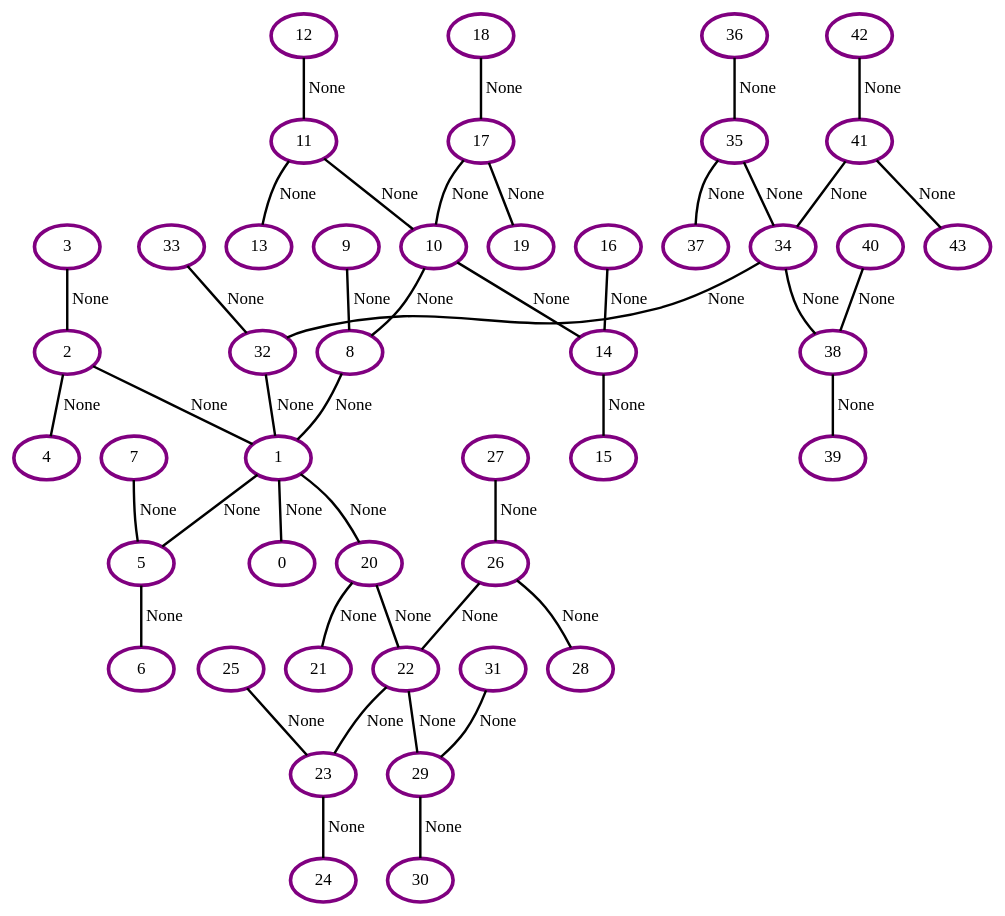
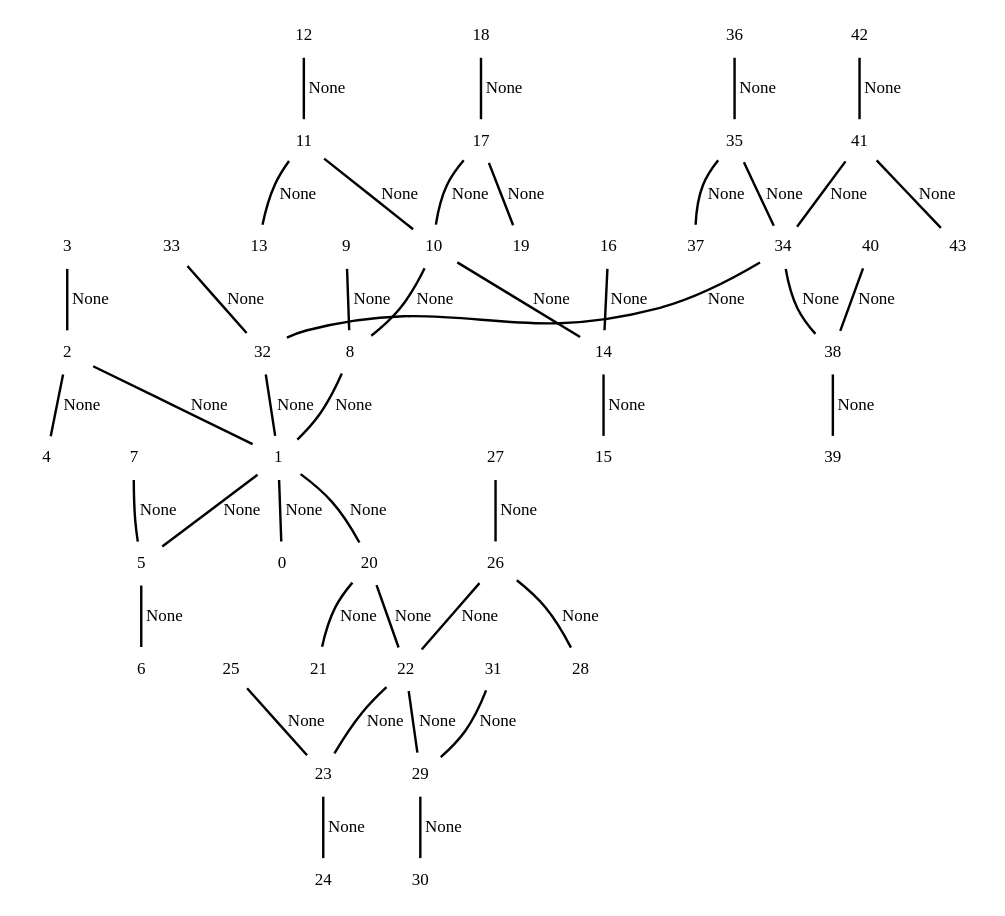
Before and after one commit to Deltanuke/GratisBier: the diagram in outputsecond.dot, drawn with Graphviz. The commit also changed 2 other files, not shown here.

```diff
--- a/outputsecond.dot
+++ b/outputsecond.dot
@@ -1,90 +1,90 @@
 graph G {
-    0 [penwidth=3,label="0",color="purple"]
-    1 [penwidth=3,label="1",color="purple"]
-    2 [penwidth=3,label="2",color="purple"]
-    3 [penwidth=3,label="3",color="purple"]
-    4 [penwidth=3,label="4",color="purple"]
-    5 [penwidth=3,label="5",color="purple"]
-    6 [penwidth=3,label="6",color="purple"]
-    7 [penwidth=3,label="7",color="purple"]
-    8 [penwidth=3,label="8",color="purple"]
-    9 [penwidth=3,label="9",color="purple"]
-    10 [penwidth=3,label="10",color="purple"]
-    11 [penwidth=3,label="11",color="purple"]
-    12 [penwidth=3,label="12",color="purple"]
-    13 [penwidth=3,label="13",color="purple"]
-    14 [penwidth=3,label="14",color="purple"]
-    15 [penwidth=3,label="15",color="purple"]
-    16 [penwidth=3,label="16",color="purple"]
-    17 [penwidth=3,label="17",color="purple"]
-    18 [penwidth=3,label="18",color="purple"]
-    19 [penwidth=3,label="19",color="purple"]
-    20 [penwidth=3,label="20",color="purple"]
-    21 [penwidth=3,label="21",color="purple"]
-    22 [penwidth=3,label="22",color="purple"]
-    23 [penwidth=3,label="23",color="purple"]
-    24 [penwidth=3,label="24",color="purple"]
-    25 [penwidth=3,label="25",color="purple"]
-    26 [penwidth=3,label="26",color="purple"]
-    27 [penwidth=3,label="27",color="purple"]
-    28 [penwidth=3,label="28",color="purple"]
-    29 [penwidth=3,label="29",color="purple"]
-    30 [penwidth=3,label="30",color="purple"]
-    31 [penwidth=3,label="31",color="purple"]
-    32 [penwidth=3,label="32",color="purple"]
-    33 [penwidth=3,label="33",color="purple"]
-    34 [penwidth=3,label="34",color="purple"]
-    35 [penwidth=3,label="35",color="purple"]
-    36 [penwidth=3,label="36",color="purple"]
-    37 [penwidth=3,label="37",color="purple"]
-    38 [penwidth=3,label="38",color="purple"]
-    39 [penwidth=3,label="39",color="purple"]
-    40 [penwidth=3,label="40",color="purple"]
-    41 [penwidth=3,label="41",color="purple"]
-    42 [penwidth=3,label="42",color="purple"]
-    43 [penwidth=3,label="43",color="purple"]
+    0 [penwidth=3,label="0",color="white"]
+    1 [penwidth=3,label="1",color="white"]
+    2 [penwidth=3,label="2",color="white"]
+    3 [penwidth=3,label="3",color="white"]
+    4 [penwidth=3,label="4",color="white"]
+    5 [penwidth=3,label="5",color="white"]
+    6 [penwidth=3,label="6",color="white"]
+    7 [penwidth=3,label="7",color="white"]
+    8 [penwidth=3,label="8",color="white"]
+    9 [penwidth=3,label="9",color="white"]
+    10 [penwidth=3,label="10",color="white"]
+    11 [penwidth=3,label="11",color="white"]
+    12 [penwidth=3,label="12",color="white"]
+    13 [penwidth=3,label="13",color="white"]
+    14 [penwidth=3,label="14",color="white"]
+    15 [penwidth=3,label="15",color="white"]
+    16 [penwidth=3,label="16",color="white"]
+    17 [penwidth=3,label="17",color="white"]
+    18 [penwidth=3,label="18",color="white"]
+    19 [penwidth=3,label="19",color="white"]
+    20 [penwidth=3,label="20",color="white"]
+    21 [penwidth=3,label="21",color="white"]
+    22 [penwidth=3,label="22",color="white"]
+    23 [penwidth=3,label="23",color="white"]
+    24 [penwidth=3,label="24",color="white"]
+    25 [penwidth=3,label="25",color="white"]
+    26 [penwidth=3,label="26",color="white"]
+    27 [penwidth=3,label="27",color="white"]
+    28 [penwidth=3,label="28",color="white"]
+    29 [penwidth=3,label="29",color="white"]
+    30 [penwidth=3,label="30",color="white"]
+    31 [penwidth=3,label="31",color="white"]
+    32 [penwidth=3,label="32",color="white"]
+    33 [penwidth=3,label="33",color="white"]
+    34 [penwidth=3,label="34",color="white"]
+    35 [penwidth=3,label="35",color="white"]
+    36 [penwidth=3,label="36",color="white"]
+    37 [penwidth=3,label="37",color="white"]
+    38 [penwidth=3,label="38",color="white"]
+    39 [penwidth=3,label="39",color="white"]
+    40 [penwidth=3,label="40",color="white"]
+    41 [penwidth=3,label="41",color="white"]
+    42 [penwidth=3,label="42",color="white"]
+    43 [penwidth=3,label="43",color="white"]
 
     1--0 [penwidth=2,label="None"]
     2--1 [penwidth=2,label="None"]
     3--2 [penwidth=2,label="None"]
     2--4 [penwidth=2,label="None"]
     1--5 [penwidth=2,label="None"]
     5--6 [penwidth=2,label="None"]
     7--5 [penwidth=2,label="None"]
     8--1 [penwidth=2,label="None"]
     9--8 [penwidth=2,label="None"]
     10--8 [penwidth=2,label="None"]
     11--10 [penwidth=2,label="None"]
     12--11 [penwidth=2,label="None"]
     11--13 [penwidth=2,label="None"]
     10--14 [penwidth=2,label="None"]
     14--15 [penwidth=2,label="None"]
     16--14 [penwidth=2,label="None"]
     17--10 [penwidth=2,label="None"]
     18--17 [penwidth=2,label="None"]
     17--19 [penwidth=2,label="None"]
     1--20 [penwidth=2,label="None"]
     20--21 [penwidth=2,label="None"]
     20--22 [penwidth=2,label="None"]
     22--23 [penwidth=2,label="None"]
     23--24 [penwidth=2,label="None"]
     25--23 [penwidth=2,label="None"]
     26--22 [penwidth=2,label="None"]
     27--26 [penwidth=2,label="None"]
     26--28 [penwidth=2,label="None"]
     22--29 [penwidth=2,label="None"]
     29--30 [penwidth=2,label="None"]
     31--29 [penwidth=2,label="None"]
     32--1 [penwidth=2,label="None"]
     33--32 [penwidth=2,label="None"]
     34--32 [penwidth=2,label="None"]
     35--34 [penwidth=2,label="None"]
     36--35 [penwidth=2,label="None"]
     35--37 [penwidth=2,label="None"]
     34--38 [penwidth=2,label="None"]
     38--39 [penwidth=2,label="None"]
     40--38 [penwidth=2,label="None"]
     41--34 [penwidth=2,label="None"]
     42--41 [penwidth=2,label="None"]
     41--43 [penwidth=2,label="None"]
 }
```
